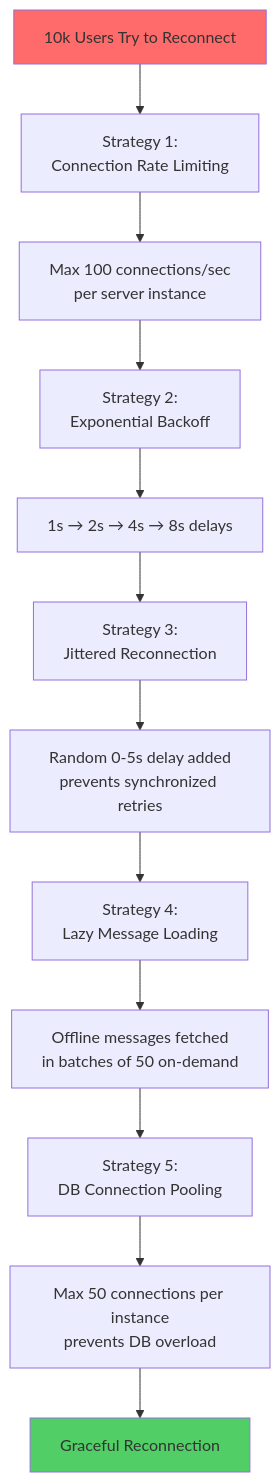
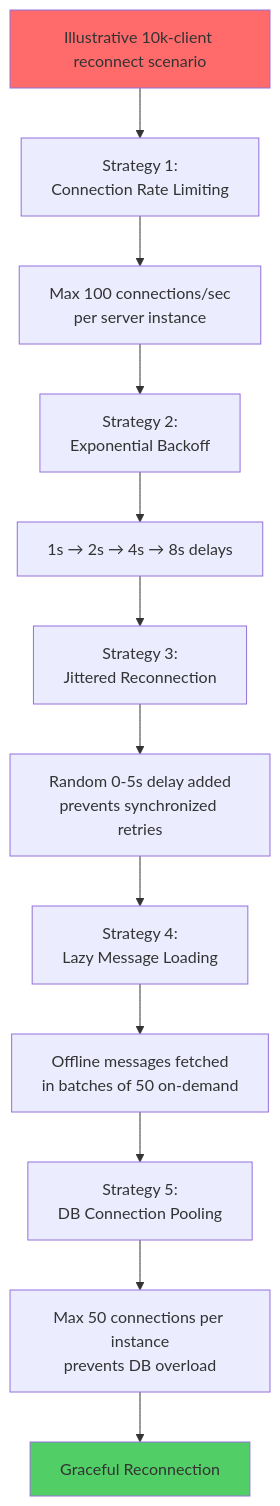
Before and after one commit to mahinigam/aether: the sixth of 7 diagrams in ARCHITECTURE.md, drawn with Mermaid. The commit also changed other lines of this file, not shown here.

````diff
--- a/ARCHITECTURE.md
+++ b/ARCHITECTURE.md
@@ -353,17 +355,17 @@
 ```mermaid
 graph TD
-    A[10k Users Try to Reconnect] --> B[Strategy 1:<br/>Connection Rate Limiting]
+    A[Illustrative 10k-client reconnect scenario] --> B[Strategy 1:<br/>Connection Rate Limiting]
     B --> C[Max 100 connections/sec<br/>per server instance]
     C --> D[Strategy 2:<br/>Exponential Backoff]
     D --> E[1s → 2s → 4s → 8s delays]
     E --> F[Strategy 3:<br/>Jittered Reconnection]
     F --> G[Random 0-5s delay added<br/>prevents synchronized retries]
     G --> H[Strategy 4:<br/>Lazy Message Loading]
     H --> I[Offline messages fetched<br/>in batches of 50 on-demand]
     I --> J[Strategy 5:<br/>DB Connection Pooling]
     J --> K[Max 50 connections per instance<br/>prevents DB overload]
     K --> L[Graceful Reconnection]
 
     style A fill:#ff6b6b
     style L fill:#51cf66
 ```
````
